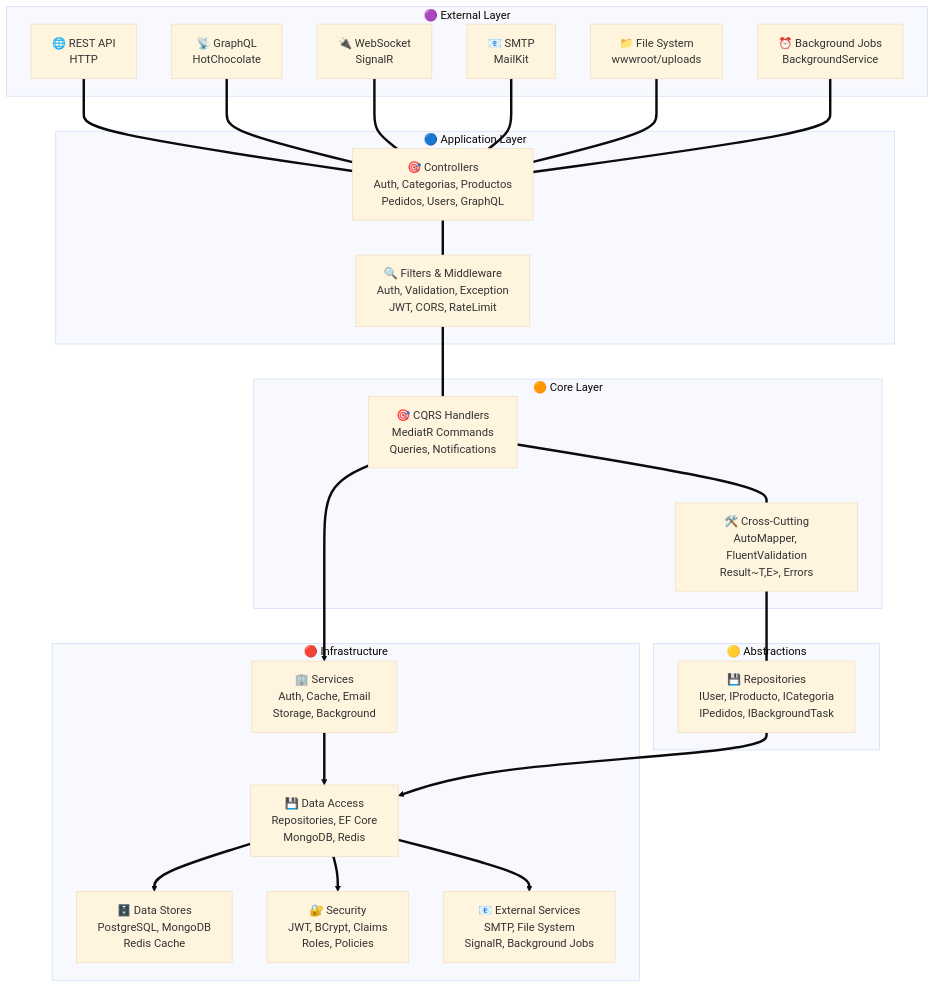
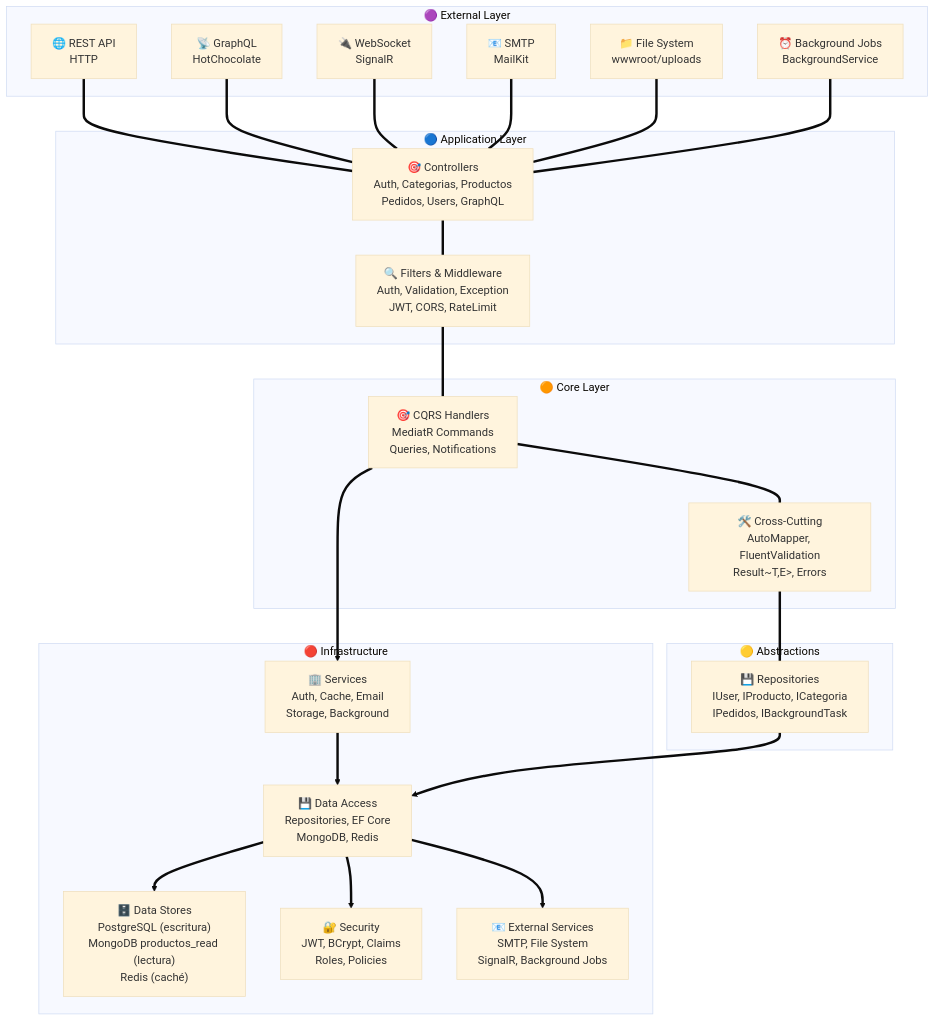
One commit to joseluisgs/TiendaDawApi-Cqrs-MediatR-NetCore changed the sixth of 8 diagrams in README.md. Above: the diagram before and after it, drawn with Mermaid (base theme). The commit also changed other lines of this file, not shown here.

Commit message:
docs: fase 12 - readme sin conteos de tests y diagramas cqrs con bd de escritura/lectura separadas

````diff
--- a/README.md
+++ b/README.md
@@ -886,43 +956,43 @@
 ```mermaid
 graph TB
     subgraph "🟣 External Layer" 
         REST["🌐 REST API<br/>HTTP"]
         GQL["📡 GraphQL<br/>HotChocolate"]
         WS["🔌 WebSocket<br/>SignalR"]
         SMTP["📧 SMTP<br/>MailKit"]
         FS["📁 File System<br/>wwwroot/uploads"]
         BG["⏰ Background Jobs<br/>BackgroundService"]
     end
 
     subgraph "🔵 Application Layer"
         CTRL["🎯 Controllers<br/>Auth, Categorias, Productos<br/>Pedidos, Users, GraphQL"]
         FILT["🔍 Filters & Middleware<br/>Auth, Validation, Exception<br/>JWT, CORS, RateLimit"]
     end
 
     subgraph "🟠 Core Layer"
         CQRS["🎯 CQRS Handlers<br/>MediatR Commands<br/>Queries, Notifications"]
         CCC["🛠️ Cross-Cutting<br/>AutoMapper, FluentValidation<br/>Result~T,E&gt;, Errors"]
     end
 
     subgraph "🟡 Abstractions"
         REPO["💾 Repositories<br/>IUser, IProducto, ICategoria<br/>IPedidos, IBackgroundTask"]
     end
 
     subgraph "🔴 Infrastructure"
         DA["💾 Data Access<br/>Repositories, EF Core<br/>MongoDB, Redis"]
         SVC["🏢 Services<br/>Auth, Cache, Email<br/>Storage, Background"]
-        DS["🗄️ Data Stores<br/>PostgreSQL, MongoDB<br/>Redis Cache"]
+        DS["🗄️ Data Stores<br/>PostgreSQL (escritura)<br/>MongoDB productos_read (lectura)<br/>Redis (caché)"]
         SEC["🔐 Security<br/>JWT, BCrypt, Claims<br/>Roles, Policies"]
         EXT["📧 External Services<br/>SMTP, File System<br/>SignalR, Background Jobs"]
     end
 
     REST & GQL & WS & SMTP & FS & BG === CTRL
     CTRL === FILT
     FILT === CQRS
     CQRS === CCC
     CCC === REPO
     CQRS ==> SVC
     SVC ==> DA
     REPO ==> DA
     DA ==> DS & SEC & EXT
 ```
````
